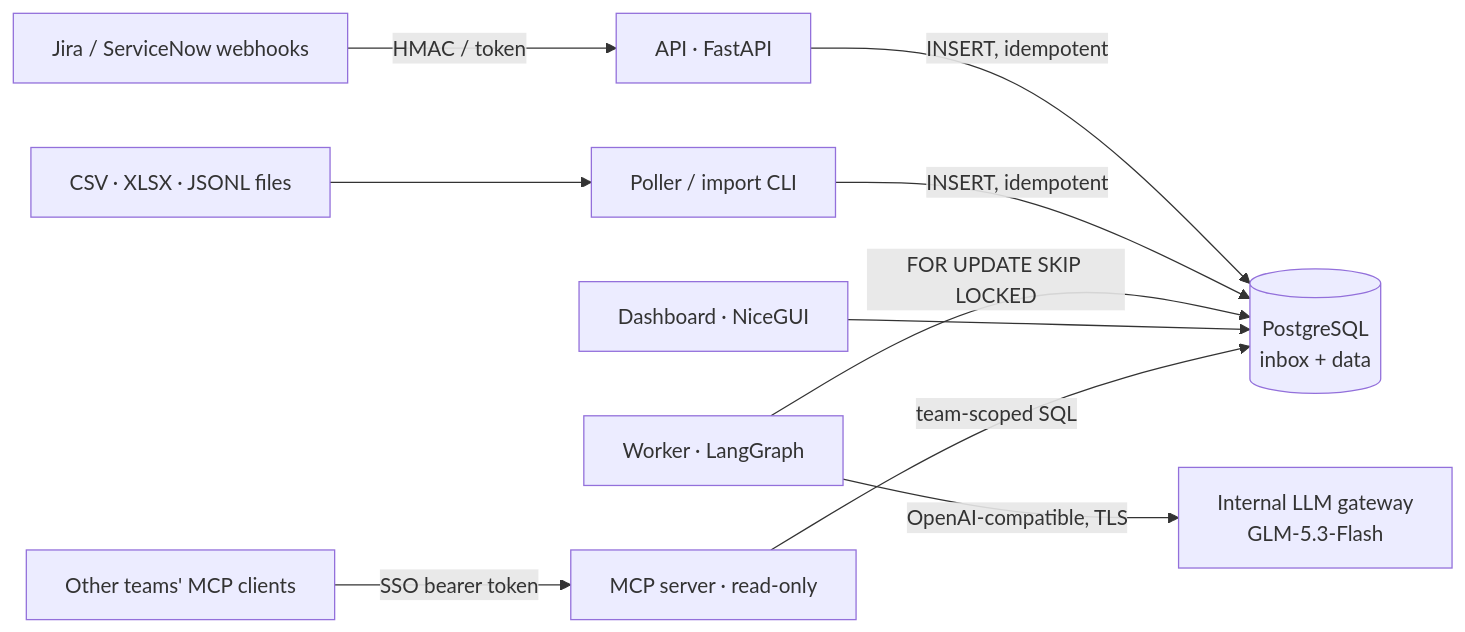
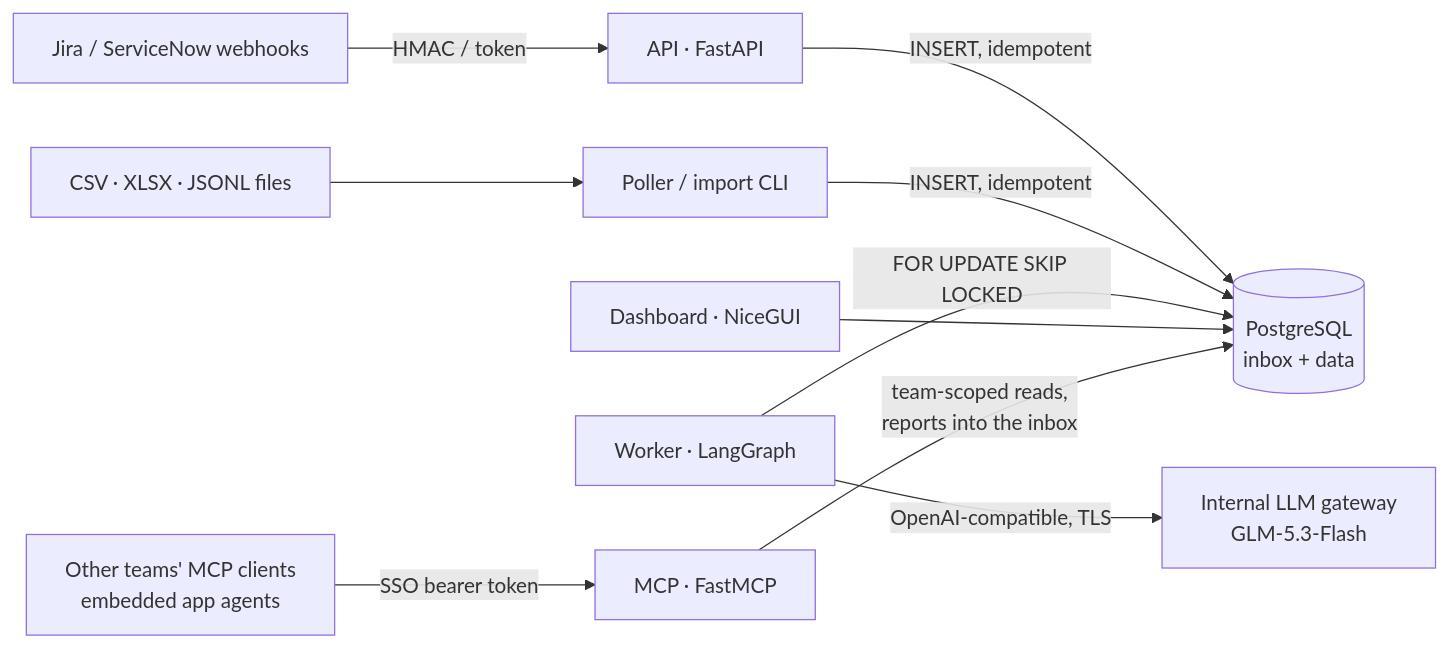
Before and after one commit to mecitsemerci/branchops-intelligence: the diagram in README.md, drawn with Mermaid. The commit also changed other lines of this file and 7 other files, not shown here.

````diff
--- a/README.md
+++ b/README.md
@@ -13,12 +13,12 @@
 ```mermaid
 flowchart LR
     J[Jira / ServiceNow webhooks] -->|HMAC / token| A[API · FastAPI]
     F[CSV · XLSX · JSONL files] --> P[Poller / import CLI]
     A -->|INSERT, idempotent| PG[(PostgreSQL<br/>inbox + data)]
     P -->|INSERT, idempotent| PG
     W[Worker · LangGraph] -->|FOR UPDATE SKIP LOCKED| PG
     W -->|OpenAI-compatible, TLS| M[Internal LLM gateway<br/>GLM-5.3-Flash]
     D[Dashboard · NiceGUI] --> PG
-    C[Other teams' MCP clients] -->|SSO bearer token| X[MCP server · read-only]
-    X -->|team-scoped SQL| PG
+    C[Other teams' MCP clients<br/>embedded app agents] -->|SSO bearer token| X[MCP · FastMCP]
+    X -->|team-scoped reads,<br/>reports into the inbox| PG
 ```
````
